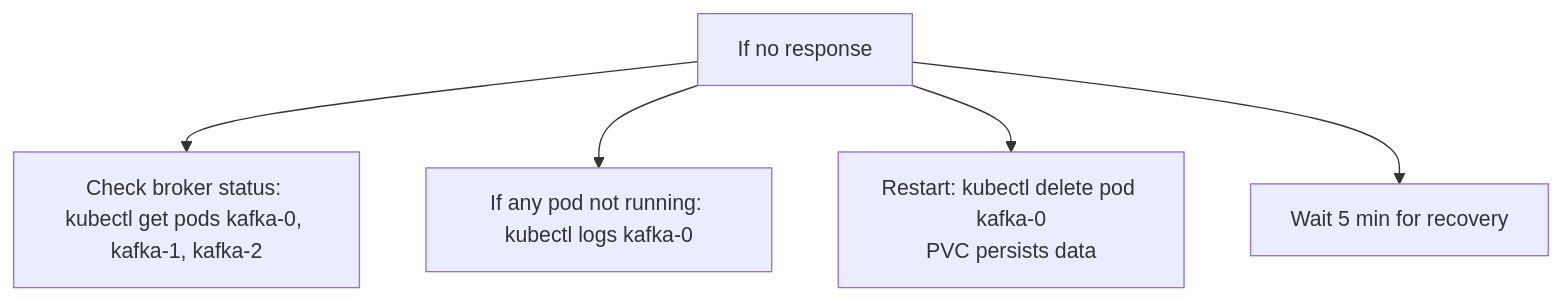
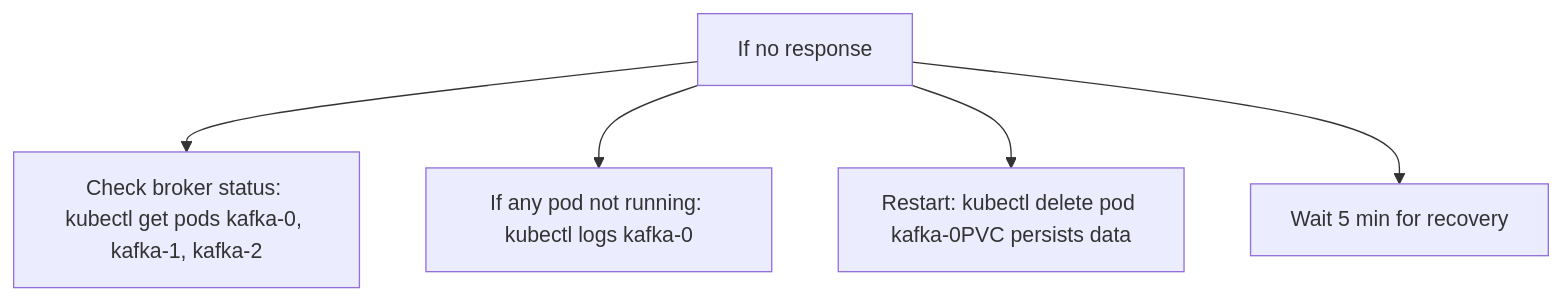
One commit to naren-chakraview/chakraview-fintech-data-mesh changed the second of 8 diagrams in docs/production/troubleshooting.md. Above: the diagram before and after it, drawn with Mermaid. The commit also changed other lines of this file and 9 other files, not shown here.

Commit message:
fix: remove HTML br tags from mermaid diagrams and fix diagram syntax for v11 compatibility

````diff
--- a/docs/production/troubleshooting.md
+++ b/docs/production/troubleshooting.md
@@ -71,8 +71,8 @@
 ```mermaid
 graph TD
     A["If no response"]
     A --> A1["Check broker status: kubectl get pods kafka-0, kafka-1, kafka-2"]
     A --> A2["If any pod not running: kubectl logs kafka-0"]
-    A --> A3["Restart: kubectl delete pod kafka-0<br/>PVC persists data"]
+    A --> A3["Restart: kubectl delete pod kafka-0PVC persists data"]
     A --> A4["Wait 5 min for recovery"]
 ```
````
